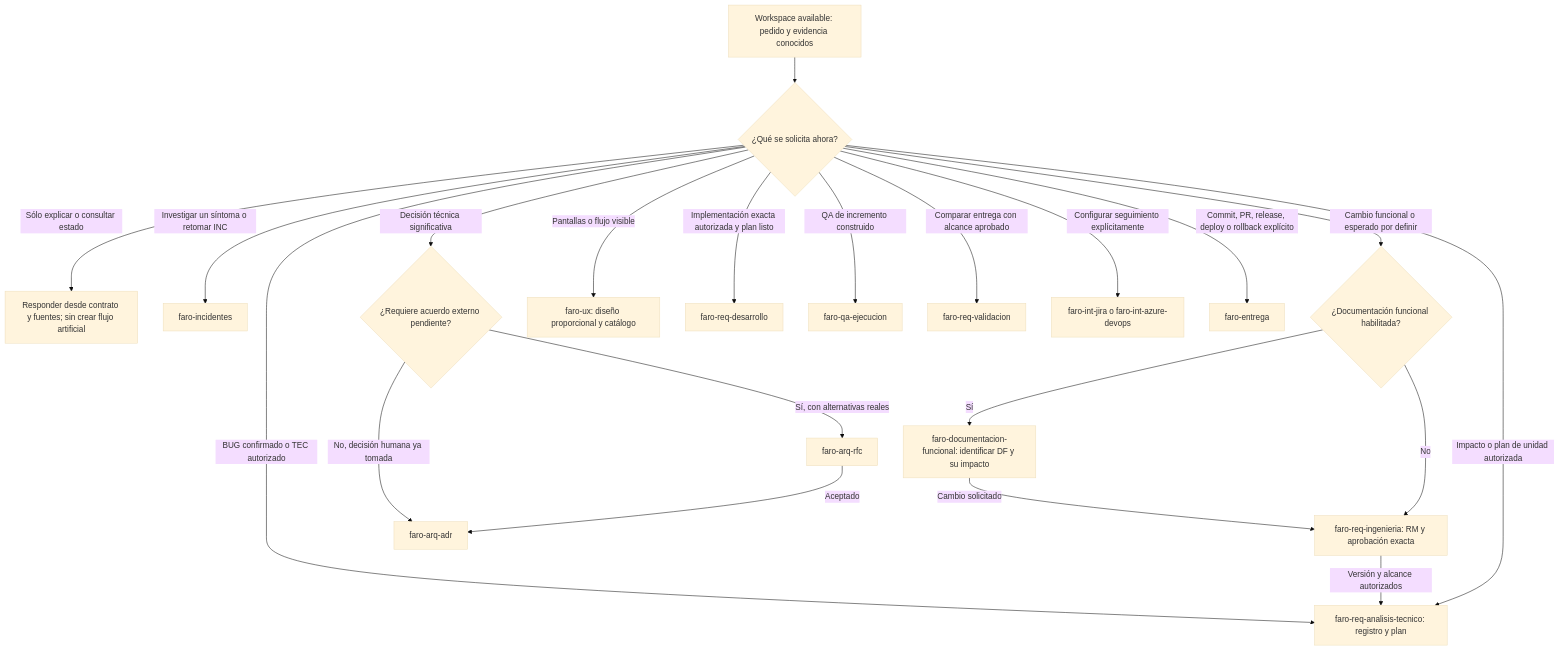
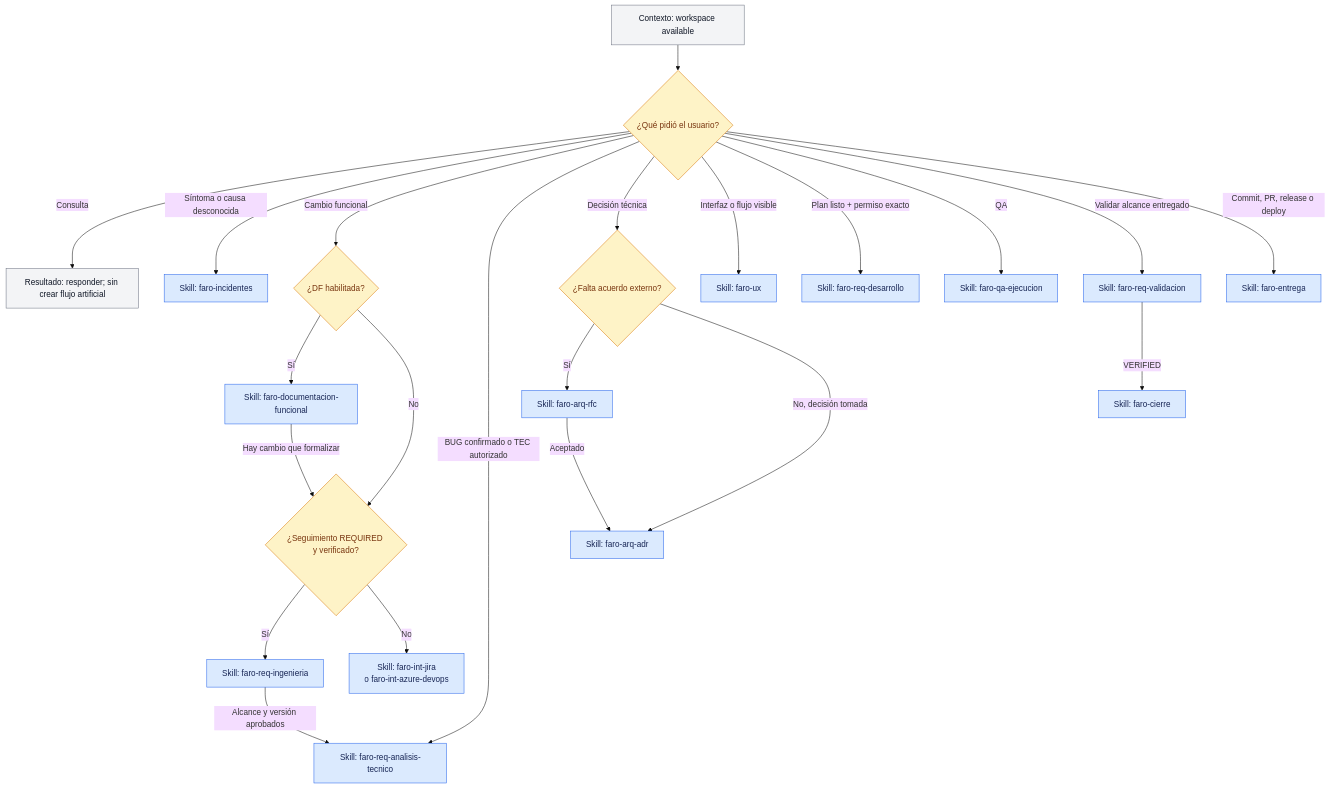
Before and after one commit to matgro/faro-suite-skills: the second of 3 diagrams in docs/flujo-faro/README.md, drawn with Mermaid (base theme). The commit also changed other lines of this file and 73 other files, not shown here.

````diff
--- a/docs/flujo-faro/README.md
+++ b/docs/flujo-faro/README.md
@@ -70,23 +92,30 @@
 ```mermaid
 flowchart TD
-    available["Workspace available: pedido y evidencia conocidos"] --> goal{"¿Qué se solicita ahora?"}
-    goal -->|"Sólo explicar o consultar estado"| query["Responder desde contrato y fuentes; sin crear flujo artificial"]
-    goal -->|"Investigar un síntoma o retomar INC"| incident["faro-incidentes"]
-    goal -->|"Cambio funcional o esperado por definir"| doc{"¿Documentación funcional habilitada?"}
-    doc -->|"Sí"| df["faro-documentacion-funcional: identificar DF y su impacto"]
-    df -->|"Cambio solicitado"| engineering["faro-req-ingenieria: RM y aprobación exacta"]
-    doc -->|"No"| engineering
-    goal -->|"BUG confirmado o TEC autorizado"| analysis["faro-req-analisis-tecnico: registro y plan"]
-    engineering -->|"Versión y alcance autorizados"| analysis
-    goal -->|"Impacto o plan de unidad autorizada"| analysis
-    goal -->|"Decisión técnica significativa"| decision{"¿Requiere acuerdo externo pendiente?"}
-    decision -->|"Sí, con alternativas reales"| rfc["faro-arq-rfc"]
-    decision -->|"No, decisión humana ya tomada"| adr["faro-arq-adr"]
+    available["Contexto: workspace available"] --> goal{"¿Qué pidió el usuario?"}
+    goal -->|"Consulta"| query["Resultado: responder; sin crear flujo artificial"]
+    goal -->|"Síntoma o causa desconocida"| incident["Skill: faro-incidentes"]
+    goal -->|"Cambio funcional"| df_q{"¿DF habilitada?"}
+    df_q -->|"Sí"| df["Skill: faro-documentacion-funcional"]
+    df_q -->|"No"| tracking_q{"¿Seguimiento REQUIRED y verificado?"}
+    df -->|"Hay cambio que formalizar"| tracking_q
+    tracking_q -->|"Sí"| engineering["Skill: faro-req-ingenieria"]
+    tracking_q -->|"No"| integration["Skill: faro-int-jira\no faro-int-azure-devops"]
+    goal -->|"BUG confirmado o TEC autorizado"| analysis["Skill: faro-req-analisis-tecnico"]
+    engineering -->|"Alcance y versión aprobados"| analysis
+    goal -->|"Decisión técnica"| decision_q{"¿Falta acuerdo externo?"}
+    decision_q -->|"Sí"| rfc["Skill: faro-arq-rfc"]
+    decision_q -->|"No, decisión tomada"| adr["Skill: faro-arq-adr"]
     rfc -->|"Aceptado"| adr
-    goal -->|"Pantallas o flujo visible"| ux["faro-ux: diseño proporcional y catálogo"]
-    goal -->|"Implementación exacta autorizada y plan listo"| development["faro-req-desarrollo"]
-    goal -->|"QA de incremento construido"| qa["faro-qa-ejecucion"]
-    goal -->|"Comparar entrega con alcance aprobado"| validation["faro-req-validacion"]
-    goal -->|"Configurar seguimiento explícitamente"| integration["faro-int-jira o faro-int-azure-devops"]
-    goal -->|"Commit, PR, release, deploy o rollback explícito"| delivery["faro-entrega"]
+    goal -->|"Interfaz o flujo visible"| ux["Skill: faro-ux"]
+    goal -->|"Plan listo + permiso exacto"| development["Skill: faro-req-desarrollo"]
+    goal -->|"QA"| qa["Skill: faro-qa-ejecucion"]
+    goal -->|"Validar alcance entregado"| validation["Skill: faro-req-validacion"]
+    validation -->|"VERIFIED"| close["Skill: faro-cierre"]
+    goal -->|"Commit, PR, release o deploy"| delivery["Skill: faro-entrega"]
+    classDef skill fill:#dbeafe,stroke:#2563eb,color:#172554
+    classDef decision fill:#fef3c7,stroke:#d97706,color:#78350f
+    classDef result fill:#f3f4f6,stroke:#6b7280,color:#111827
+    class incident,df,engineering,integration,analysis,rfc,adr,ux,development,qa,validation,close,delivery skill
+    class goal,df_q,tracking_q,decision_q decision
+    class available,query result
 ```
````
